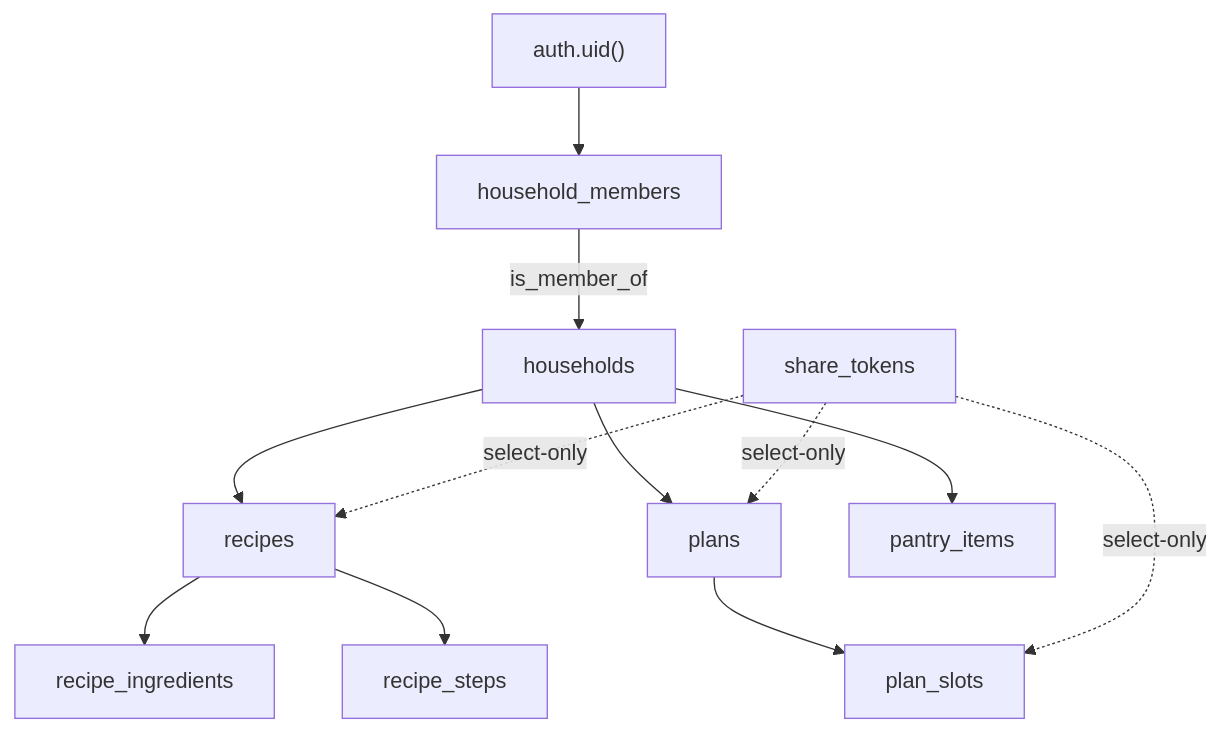
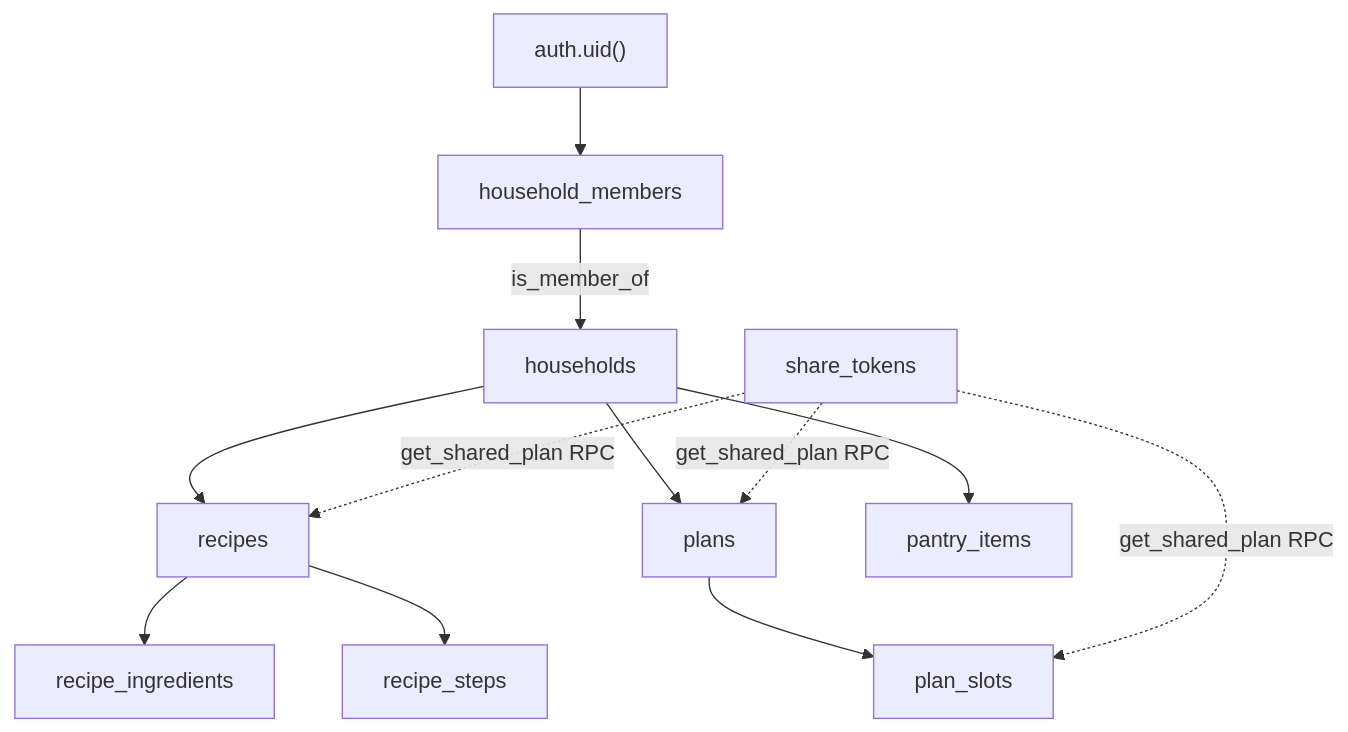
The diagram in docs/wiki/concepts/rls-authorization.md (Konstantysz/meal-planner), drawn with Mermaid before and after one commit. The commit also changed other lines of this file and 18 other files, not shown here.

First line of the commit message:
fix(share): read share links via get_shared_plan RPC, plans start on Monday

````diff
--- a/docs/wiki/concepts/rls-authorization.md
+++ b/docs/wiki/concepts/rls-authorization.md
@@ -38,9 +40,9 @@
 ```mermaid
 flowchart TD
   U["auth.uid()"] --> HM[household_members]
   HM -->|is_member_of| H[households]
   H --> R[recipes] --> RI[recipe_ingredients] & RS[recipe_steps]
   H --> P[plans] --> PS[plan_slots]
   H --> PI[pantry_items]
-  ST[share_tokens] -.select-only.-> P & PS & R
+  ST[share_tokens] -.get_shared_plan RPC.-> P & PS & R
 ```
````
